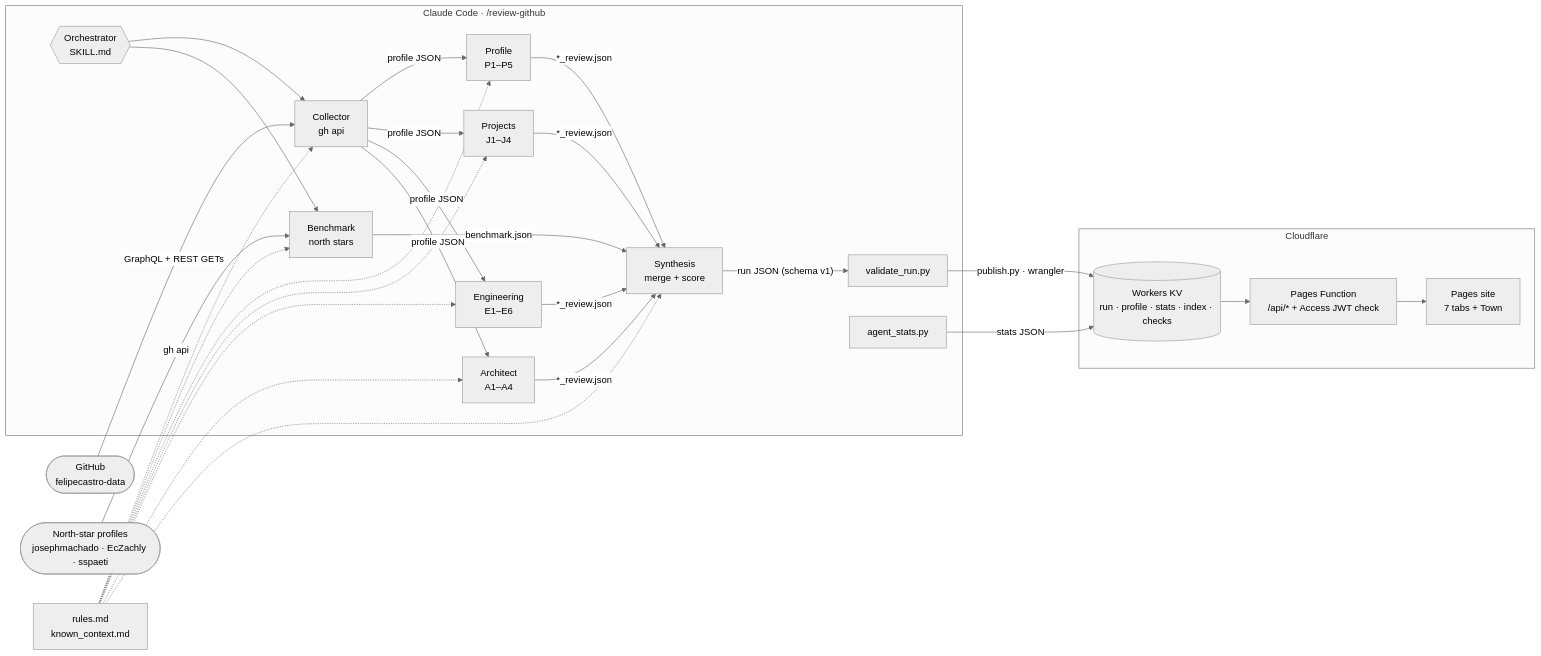
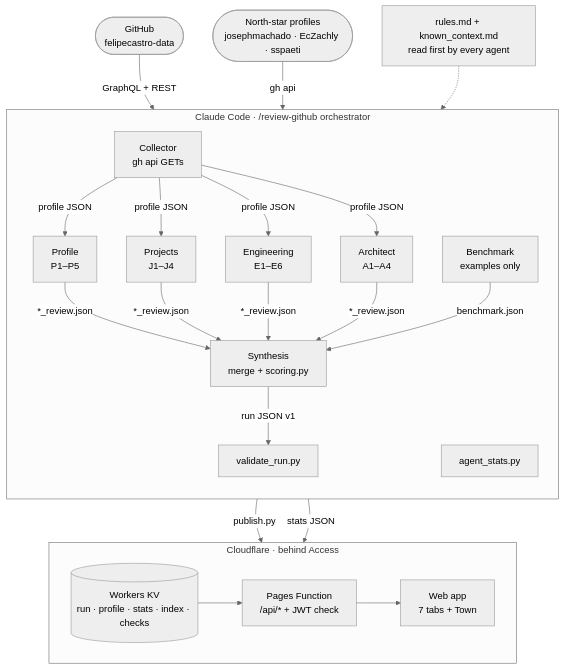
One commit to felipecastro-data/github-profile-review changed the first of 9 diagrams in README.md. Above: the diagram before and after it, drawn with Mermaid (neutral theme).

Commit message:
README: top-down architecture diagram for readability

````diff
--- a/README.md
+++ b/README.md
@@ -84,38 +84,37 @@
 ```mermaid
-flowchart LR
-    subgraph CC["Claude Code · /review-github"]
-        O{{"Orchestrator<br/>SKILL.md"}}
-        CO["Collector<br/>gh api"]
-        BM["Benchmark<br/>north stars"]
+flowchart TB
+    GH(["GitHub<br/>felipecastro-data"])
+    NS(["North-star profiles<br/>josephmachado · EcZachly · sspaeti"])
+    K["rules.md + known_context.md<br/>read first by every agent"]
+
+    subgraph CC["Claude Code · /review-github orchestrator"]
+        direction TB
+        CO["Collector<br/>gh api GETs"]
+        BM["Benchmark<br/>examples only"]
         PR["Profile<br/>P1–P5"]
         JR["Projects<br/>J1–J4"]
         ER["Engineering<br/>E1–E6"]
         AR["Architect<br/>A1–A4"]
-        SY["Synthesis<br/>merge + score"]
+        SY["Synthesis<br/>merge + scoring.py"]
         V["validate_run.py"]
         T["agent_stats.py"]
     end
 
-    GH(["GitHub<br/>felipecastro-data"])
-    NS(["North-star profiles<br/>josephmachado · EcZachly · sspaeti"])
-    K["rules.md<br/>known_context.md"]
+    subgraph CF["Cloudflare · behind Access"]
+        direction LR
+        KV[("Workers KV<br/>run · profile · stats · index · checks")]
+        F["Pages Function<br/>/api/* + JWT check"]
+        P["Web app<br/>7 tabs + Town"]
+    end
 
-    O --> CO & BM
-    GH -->|"GraphQL + REST GETs"| CO
+    GH -->|"GraphQL + REST"| CO
     NS -->|"gh api"| BM
+    K -.-> CC
     CO -->|"profile JSON"| PR & JR & ER & AR
-    K -.-> CO & BM & PR & JR & ER & AR & SY
     PR & JR & ER & AR -->|"*_review.json"| SY
     BM -->|"benchmark.json"| SY
-    SY -->|"run JSON (schema v1)"| V
-    V -->|"publish.py · wrangler"| KV
+    SY -->|"run JSON v1"| V
+    V -->|"publish.py"| KV
     T -->|"stats JSON"| KV
-
-    subgraph CF["Cloudflare"]
-        KV[("Workers KV<br/>run · profile · stats · index · checks")]
-        F["Pages Function<br/>/api/* + Access JWT check"]
-        P["Pages site<br/>7 tabs + Town"]
-    end
-
     KV --> F --> P
 ```
````
